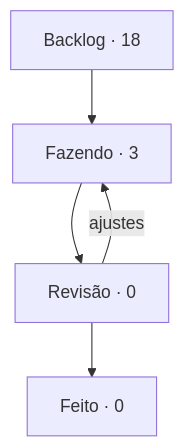
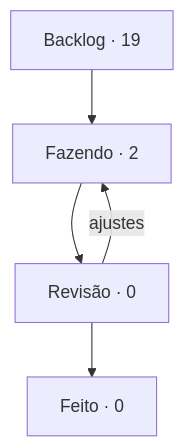
One commit to StudioVibi/VibiKanban changed the diagram in boards/dungeon-bend/BOARD.md. Above: the diagram before and after it, drawn with Mermaid. The commit also changed other lines of this file and 1 other file, not shown here.

Commit message:
board: DB-28 Fazendo → Backlog (@isabellaherman)

````diff
--- a/boards/dungeon-bend/BOARD.md
+++ b/boards/dungeon-bend/BOARD.md
@@ -5,10 +5,10 @@
 ```mermaid
 flowchart TD
-  backlog["Backlog · 18"] --> doing["Fazendo · 3"]
+  backlog["Backlog · 19"] --> doing["Fazendo · 2"]
   doing --> review["Revisão · 0"]
   review --> done["Feito · 0"]
   review -->|ajustes| doing
   doing:::blue
   review:::yellow
   done:::green
 ```
````
